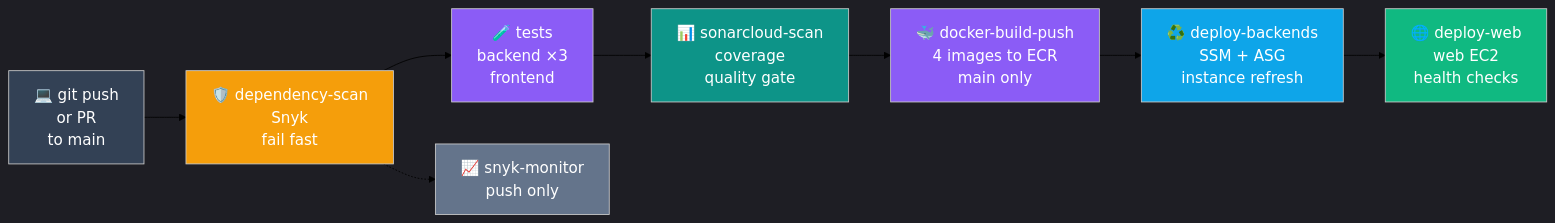
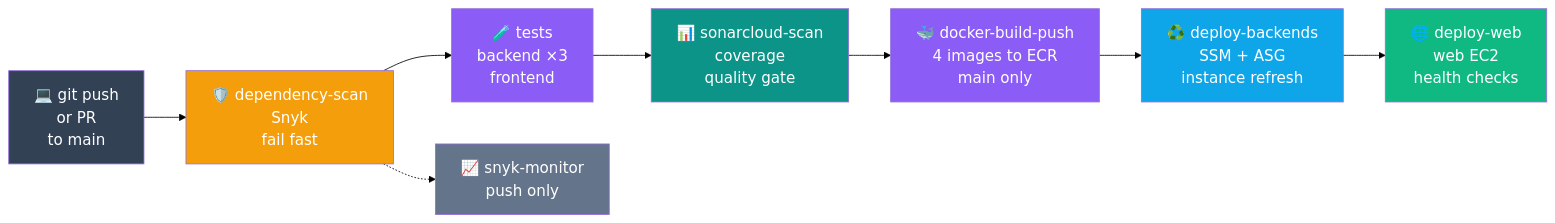
Before and after one commit to kaldrake/NUSISS_ProjectManagementPortal: the diagram in docs/CICD Overview.mermaid, drawn with Mermaid. The commit also changed 17 other files, not shown here.

Commit message:
edited orientation of various large diagrams for display

```diff
--- a/docs/CICD Overview.mermaid
+++ b/docs/CICD Overview.mermaid
@@ -1,22 +1,22 @@
-%%{init: {'theme': 'dark', 'themeVariables': {'lineColor': '#000000', 'edgeLabelBackground': '#ffffff', 'fontSize': '18px'}}}%%
+%%{init: {'theme': 'default', 'themeVariables': {'lineColor': '#000000', 'edgeLabelBackground': '#ffffff', 'fontSize': '18px'}}}%%
 flowchart LR
     Push["💻 git push<br>or PR<br>to main"]
     Dep["🛡️ dependency-scan<br>Snyk<br>fail fast"]
     Tests["🧪 tests<br>backend ×3<br>frontend"]
     Sonar["📊 sonarcloud-scan<br>coverage<br>quality gate"]
     Build["🐳 docker-build-push<br>4 images to ECR<br>main only"]
     DeployB["♻️ deploy-backends<br>SSM + ASG<br>instance refresh"]
     DeployW["🌐 deploy-web<br>web EC2<br>health checks"]
     Mon["📈 snyk-monitor<br>push only"]
 
     Push --> Dep --> Tests --> Sonar --> Build --> DeployB --> DeployW
     Dep -.-> Mon
 
     style Push fill:#334155,color:#fff
     style Dep fill:#f59e0b,color:#fff
     style Tests fill:#8b5cf6,color:#fff
     style Sonar fill:#0d9488,color:#fff
     style Build fill:#8b5cf6,color:#fff
     style DeployB fill:#0ea5e9,color:#fff
     style DeployW fill:#10b981,color:#fff
     style Mon fill:#64748b,color:#fff
```
